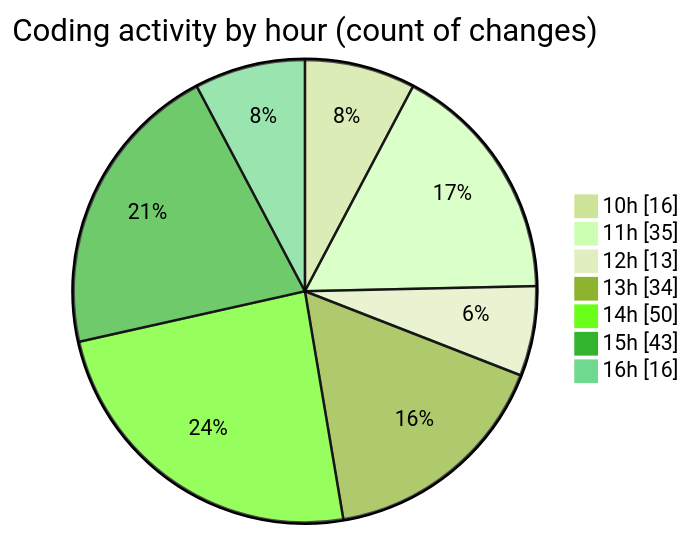
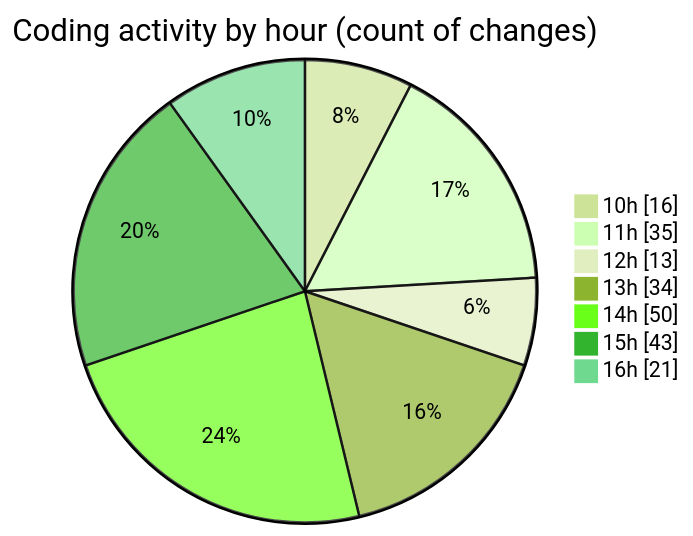
Before and after one commit to charlie-sans/code-tracking: the second of 2 diagrams in 2025-02-20/micros/README.md, drawn with Mermaid (forest theme). The commit also changed other lines of this file and 1 other file, not shown here.

````diff
--- a/2025-02-20/micros/README.md
+++ b/2025-02-20/micros/README.md
@@ -62,11 +62,11 @@
 ```mermaid
 pie showData
 title Coding activity by hour (count of changes)
 "10h" : 16
 "11h" : 35
 "12h" : 13
 "13h" : 34
 "14h" : 50
 "15h" : 43
-"16h" : 16
+"16h" : 21
 ```
````
